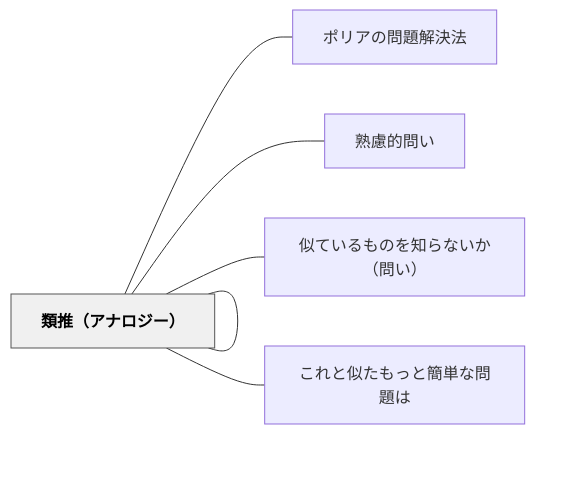
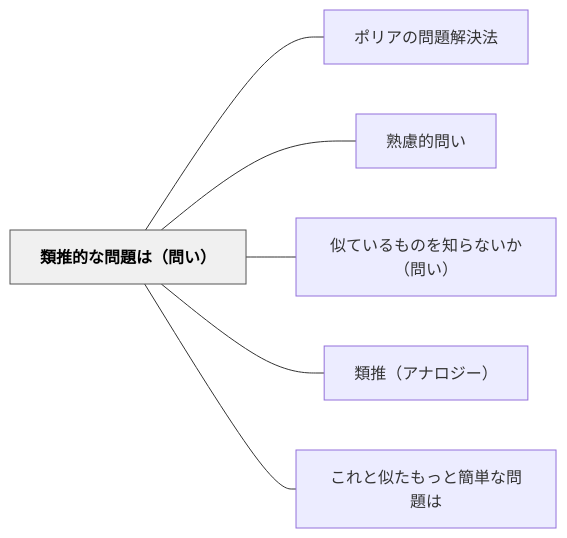
One commit to unknownthings-ed-patterns/unknownthings-ed-patterns changed the diagram in content/パタン/類推的な問題は（問い）.md. Above: the diagram before and after it, drawn with Mermaid. The commit also changed 527 other files, not shown here.

````diff
--- a/content/パタン/類推的な問題は（問い）.md
+++ b/content/パタン/類推的な問題は（問い）.md
@@ -55,18 +55,18 @@
 ```mermaid
 flowchart LR
-    ne9a19ee68ea8["類推的な問題は（問い）"]
-    ne3839de383aa["ポリアの問題解決法"]
-    ne7869fe685ae["熟慮的問い"]
-    ne4bcbce381a6["似ているものを知らないか（問い）"]
-    ne9a19ee68ea8["類推（アナロジー）"]
-    ne38193e3828c["これと似たもっと簡単な問題は"]
+    ne9a19ee68ea8e79a84e381aae5958fe9a18ce381afefbc88e5958fe38184efbc89["類推的な問題は（問い）"]
+    ne3839de383aae382a2e381aee5958fe9a18ce8a7a3e6b1bae6b395["ポリアの問題解決法"]
+    ne7869fe685aee79a84e5958fe38184["熟慮的問い"]
+    ne4bcbce381a6e38184e3828be38282e381aee38292e79fa5e38289e381aae38184e3818befbc88e5958fe38184efbc89["似ているものを知らないか（問い）"]
+    ne9a19ee68ea8efbc88e382a2e3838ae383ade382b8e383bcefbc89["類推（アナロジー）"]
+    ne38193e3828ce381a8e4bcbce3819fe38282e381a3e381a8e7b0a1e58d98e381aae5958fe9a18ce381af["これと似たもっと簡単な問題は"]
 
-    ne9a19ee68ea8 --- ne3839de383aa
-    ne9a19ee68ea8 --- ne7869fe685ae
-    ne9a19ee68ea8 --- ne4bcbce381a6
-    ne9a19ee68ea8 --- ne9a19ee68ea8
-    ne9a19ee68ea8 --- ne38193e3828c
+    ne9a19ee68ea8e79a84e381aae5958fe9a18ce381afefbc88e5958fe38184efbc89 --- ne3839de383aae382a2e381aee5958fe9a18ce8a7a3e6b1bae6b395
+    ne9a19ee68ea8e79a84e381aae5958fe9a18ce381afefbc88e5958fe38184efbc89 --- ne7869fe685aee79a84e5958fe38184
+    ne9a19ee68ea8e79a84e381aae5958fe9a18ce381afefbc88e5958fe38184efbc89 --- ne4bcbce381a6e38184e3828be38282e381aee38292e79fa5e38289e381aae38184e3818befbc88e5958fe38184efbc89
+    ne9a19ee68ea8e79a84e381aae5958fe9a18ce381afefbc88e5958fe38184efbc89 --- ne9a19ee68ea8efbc88e382a2e3838ae383ade382b8e383bcefbc89
+    ne9a19ee68ea8e79a84e381aae5958fe9a18ce381afefbc88e5958fe38184efbc89 --- ne38193e3828ce381a8e4bcbce3819fe38282e381a3e381a8e7b0a1e58d98e381aae5958fe9a18ce381af
 
     classDef hub fill:#f0f0f0,stroke:#555,color:#000,font-weight:bold
-    class ne9a19ee68ea8 hub
+    class ne9a19ee68ea8e79a84e381aae5958fe9a18ce381afefbc88e5958fe38184efbc89 hub
 ```
````
